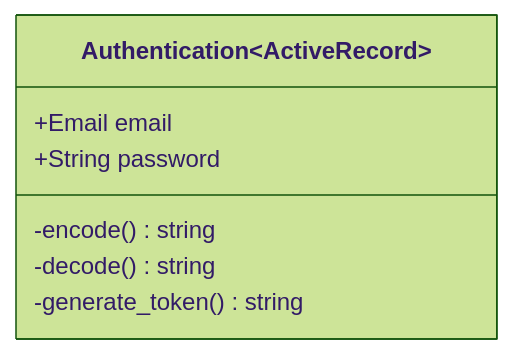
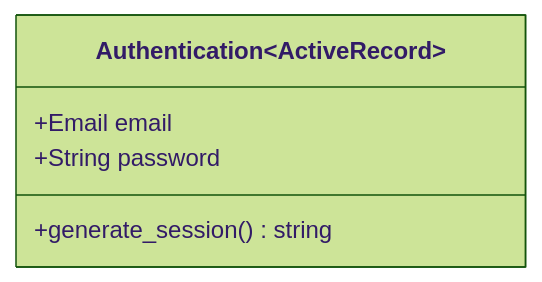
Before and after one commit to floriankdrone/floriankdrone.github.io: the diagram in _footfantasy/design_authentication.md, drawn with Mermaid (forest theme). The commit also changed other lines of this file and 1 other file, not shown here.

```diff
--- a/_footfantasy/design_authentication.md
+++ b/_footfantasy/design_authentication.md
@@ -9,10 +9,8 @@
 <div class="mermaid">
 classDiagram
   class Authentication~ActiveRecord~{
     +Email email
     +String password
-    -encode() string
-    -decode() string
-    -generate_token() string
+    +generate_session() string
   }
 </div>
```
